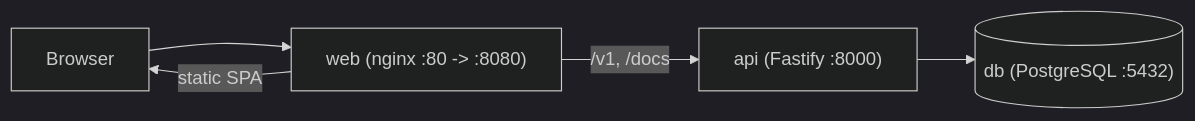
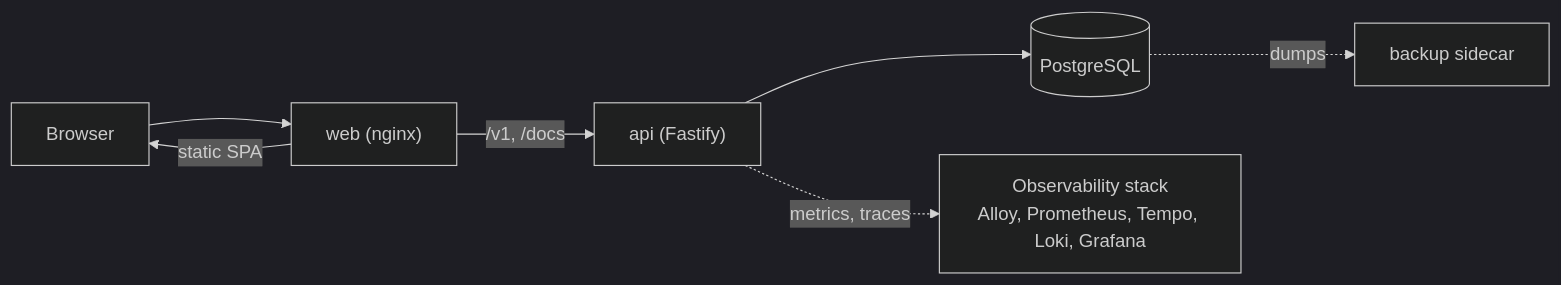
Before and after one commit to smokyngt/time-manager-claude-clement: the diagram in README.md, drawn with Mermaid (dark theme). The commit also changed other lines of this file and 12 other files, not shown here.

````diff
--- a/README.md
+++ b/README.md
@@ -17,7 +33,9 @@
 ```mermaid
 flowchart LR
-    Browser --> Nginx["web (nginx :80 -> :8080)"]
+    Browser --> Nginx["web (nginx)"]
     Nginx -- "static SPA" --> Browser
-    Nginx -- "/v1, /docs" --> API["api (Fastify :8000)"]
-    API --> DB[("db (PostgreSQL :5432)")]
+    Nginx -- "/v1, /docs" --> API["api (Fastify)"]
+    API --> DB[("PostgreSQL")]
+    API -. "metrics, traces" .-> Obs["Observability stack<br/>Alloy, Prometheus, Tempo, Loki, Grafana"]
+    DB -. "dumps" .-> Backup["backup sidecar"]
 ```
````
